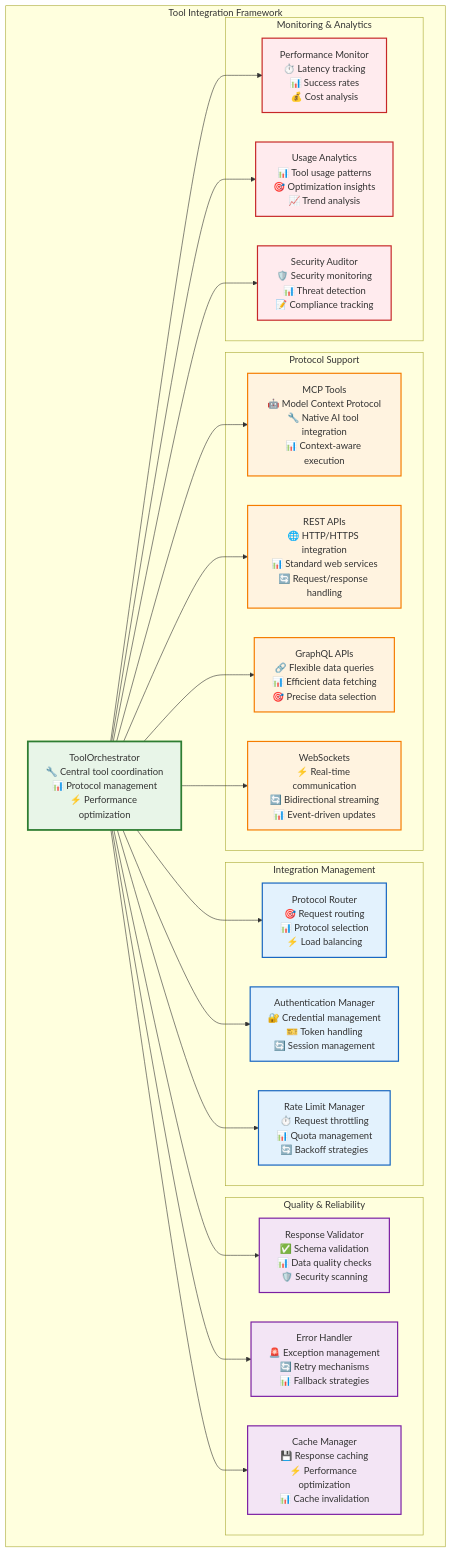
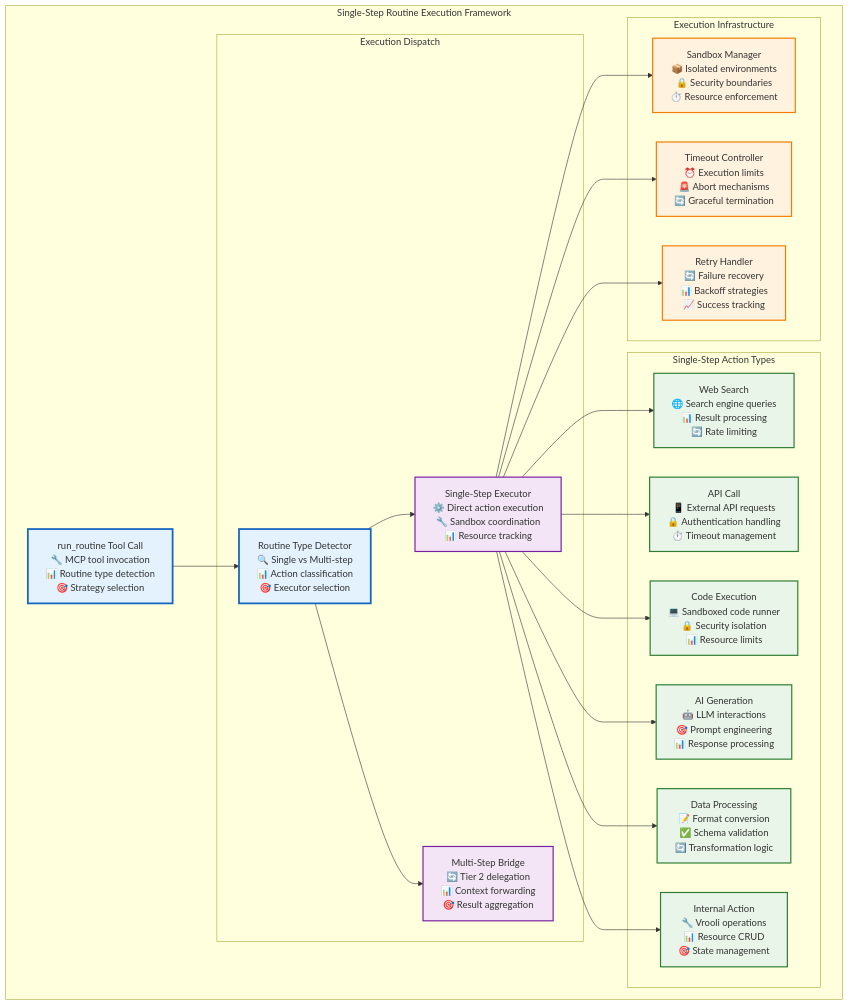
Before and after one commit to Vrooli/Vrooli: diagram 24 of 49 in docs/ai-execution-architecture.md, drawn with Mermaid. The commit also changed other lines of this file, not shown here.

Commit message:
Execution architecture p6

````diff
--- a/docs/ai-execution-architecture.md
+++ b/docs/ai-execution-architecture.md
@@ -1145,66 +1492,61 @@
 ```mermaid
 graph TB
-    subgraph "Tool Integration Framework"
-        ToolOrchestrator[ToolOrchestrator<br/>🔧 Central tool coordination<br/>📊 Protocol management<br/>⚡ Performance optimization]
+    subgraph "Single-Step Routine Execution Framework"
+        RunRoutineCall[run_routine Tool Call<br/>🔧 MCP tool invocation<br/>📊 Routine type detection<br/>🎯 Strategy selection]
         
-        subgraph "Protocol Support"
-            MCPTools[MCP Tools<br/>🤖 Model Context Protocol<br/>🔧 Native AI tool integration<br/>📊 Context-aware execution]
+        subgraph "Execution Dispatch"
+            RoutineTypeDetector[Routine Type Detector<br/>🔍 Single vs Multi-step<br/>📊 Action classification<br/>🎯 Executor selection]
             
-            RESTAPIs[REST APIs<br/>🌐 HTTP/HTTPS integration<br/>📊 Standard web services<br/>🔄 Request/response handling]
+            SingleStepExecutor[Single-Step Executor<br/>⚙️ Direct action execution<br/>🔧 Sandbox coordination<br/>📊 Resource tracking]
             
-            GraphQLAPIs[GraphQL APIs<br/>🔗 Flexible data queries<br/>📊 Efficient data fetching<br/>🎯 Precise data selection]
-            
-            WebSockets[WebSockets<br/>⚡ Real-time communication<br/>🔄 Bidirectional streaming<br/>📊 Event-driven updates]
+            MultiStepBridge[Multi-Step Bridge<br/>🔄 Tier 2 delegation<br/>📊 Context forwarding<br/>🎯 Result aggregation]
         end
         
-        subgraph "Integration Management"
-            ProtocolRouter[Protocol Router<br/>🎯 Request routing<br/>📊 Protocol selection<br/>⚡ Load balancing]
+        subgraph "Single-Step Action Types"
+            WebSearch[Web Search<br/>🌐 Search engine queries<br/>📊 Result processing<br/>🔄 Rate limiting]
             
-            AuthenticationManager[Authentication Manager<br/>🔐 Credential management<br/>🎫 Token handling<br/>🔄 Session management]
+            APICall[API Call<br/>📱 External API requests<br/>🔒 Authentication handling<br/>⏱️ Timeout management]
             
-            RateLimitManager[Rate Limit Manager<br/>⏱️ Request throttling<br/>📊 Quota management<br/>🔄 Backoff strategies]
+            CodeExecution[Code Execution<br/>💻 Sandboxed code runner<br/>🔒 Security isolation<br/>📊 Resource limits]
+            
+            AIGeneration[AI Generation<br/>🤖 LLM interactions<br/>🎯 Prompt engineering<br/>📊 Response processing]
+            
+            DataProcessing[Data Processing<br/>📝 Format conversion<br/>✅ Schema validation<br/>🔄 Transformation logic]
+            
+            InternalAction[Internal Action<br/>🔧 Vrooli operations<br/>📊 Resource CRUD<br/>🎯 State management]
         end
         
-        subgraph "Quality & Reliability"
-            ResponseValidator[Response Validator<br/>✅ Schema validation<br/>📊 Data quality checks<br/>🛡️ Security scanning]
+        subgraph "Execution Infrastructure"
+            SandboxManager[Sandbox Manager<br/>📦 Isolated environments<br/>🔒 Security boundaries<br/>⏱️ Resource enforcement]
             
-            ErrorHandler[Error Handler<br/>🚨 Exception management<br/>🔄 Retry mechanisms<br/>📊 Fallback strategies]
+            TimeoutController[Timeout Controller<br/>⏰ Execution limits<br/>🚨 Abort mechanisms<br/>🔄 Graceful termination]
             
-            CacheManager[Cache Manager<br/>💾 Response caching<br/>⚡ Performance optimization<br/>📊 Cache invalidation]
-        end
-        
-        subgraph "Monitoring & Analytics"
-            PerformanceMonitor[Performance Monitor<br/>⏱️ Latency tracking<br/>📊 Success rates<br/>💰 Cost analysis]
-            
-            UsageAnalytics[Usage Analytics<br/>📊 Tool usage patterns<br/>🎯 Optimization insights<br/>📈 Trend analysis]
-            
-            SecurityAuditor[Security Auditor<br/>🛡️ Security monitoring<br/>📊 Threat detection<br/>📝 Compliance tracking]
+            RetryHandler[Retry Handler<br/>🔄 Failure recovery<br/>📊 Backoff strategies<br/>📈 Success tracking]
         end
     end
     
-    ToolOrchestrator --> MCPTools
-    ToolOrchestrator --> RESTAPIs
-    ToolOrchestrator --> GraphQLAPIs
-    ToolOrchestrator --> WebSockets
-    ToolOrchestrator --> ProtocolRouter
-    ToolOrchestrator --> AuthenticationManager
-    ToolOrchestrator --> RateLimitManager
-    ToolOrchestrator --> ResponseValidator
-    ToolOrchestrator --> ErrorHandler
-    ToolOrchestrator --> CacheManager
-    ToolOrchestrator --> PerformanceMonitor
-    ToolOrchestrator --> UsageAnalytics
-    ToolOrchestrator --> SecurityAuditor
+    RunRoutineCall --> RoutineTypeDetector
+    RoutineTypeDetector --> SingleStepExecutor
+    RoutineTypeDetector --> MultiStepBridge
     
-    classDef orchestrator fill:#e8f5e8,stroke:#2e7d32,stroke-width:3px
-    classDef protocols fill:#fff3e0,stroke:#f57c00,stroke-width:2px
-    classDef management fill:#e3f2fd,stroke:#1565c0,stroke-width:2px
-    classDef quality fill:#f3e5f5,stroke:#7b1fa2,stroke-width:2px
-    classDef monitoring fill:#ffebee,stroke:#c62828,stroke-width:2px
+    SingleStepExecutor --> WebSearch
+    SingleStepExecutor --> APICall
+    SingleStepExecutor --> CodeExecution
+    SingleStepExecutor --> AIGeneration
+    SingleStepExecutor --> DataProcessing
+    SingleStepExecutor --> InternalAction
     
-    class ToolOrchestrator orchestrator
-    class MCPTools,RESTAPIs,GraphQLAPIs,WebSockets protocols
-    class ProtocolRouter,AuthenticationManager,RateLimitManager management
-    class ResponseValidator,ErrorHandler,CacheManager quality
-    class PerformanceMonitor,UsageAnalytics,SecurityAuditor monitoring
+    SingleStepExecutor --> SandboxManager
+    SingleStepExecutor --> TimeoutController
+    SingleStepExecutor --> RetryHandler
+    
+    classDef dispatch fill:#e3f2fd,stroke:#1565c0,stroke-width:3px
+    classDef executor fill:#f3e5f5,stroke:#7b1fa2,stroke-width:2px
+    classDef actions fill:#e8f5e8,stroke:#2e7d32,stroke-width:2px
+    classDef infrastructure fill:#fff3e0,stroke:#f57c00,stroke-width:2px
+    
+    class RunRoutineCall,RoutineTypeDetector dispatch
+    class SingleStepExecutor,MultiStepBridge executor
+    class WebSearch,APICall,CodeExecution,AIGeneration,DataProcessing,InternalAction actions
+    class SandboxManager,TimeoutController,RetryHandler infrastructure
 ```
````
